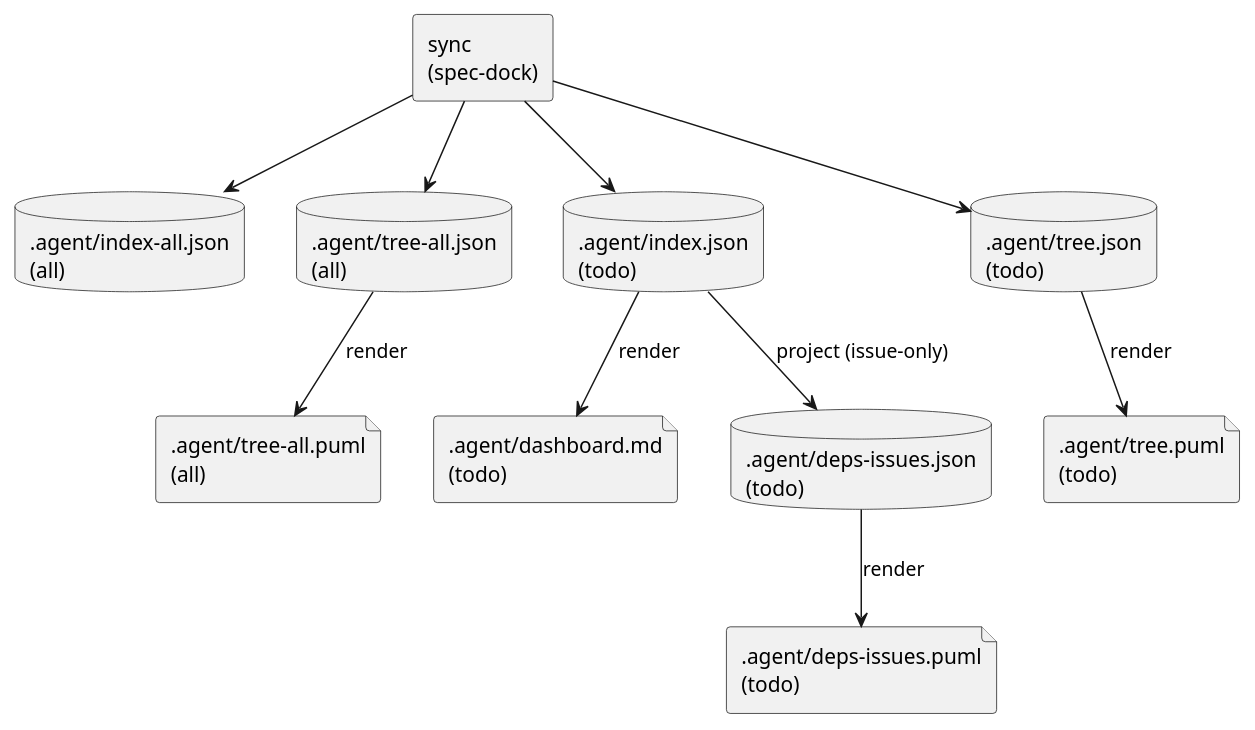
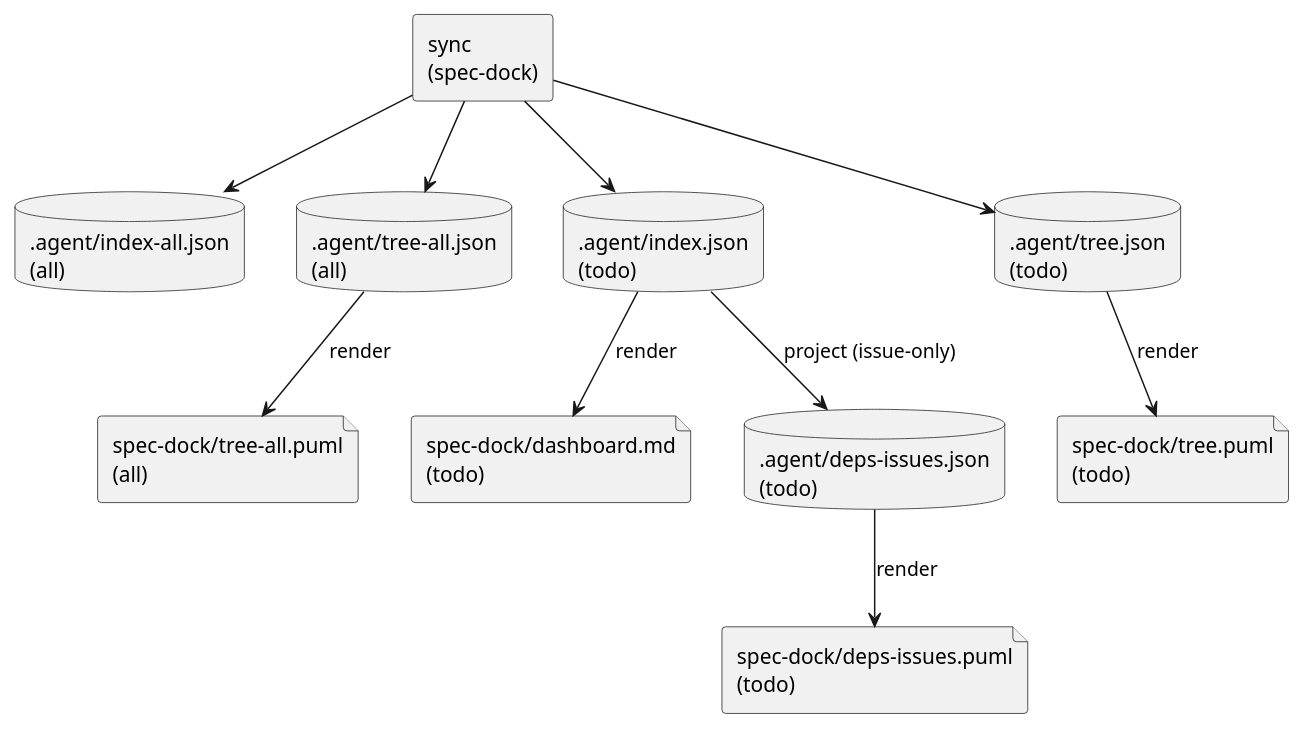
One commit to chemitaro/spec-dock changed the diagram in spec-deps/current/adrs/adr-00008-sync-artifacts-dashboard-and-issue-only-deps.md. Above: the diagram before and after it, drawn with PlantUML. The commit also changed other lines of this file and 7 other files, not shown here.

````diff
--- a/spec-deps/current/adrs/adr-00008-sync-artifacts-dashboard-and-issue-only-deps.md
+++ b/spec-deps/current/adrs/adr-00008-sync-artifacts-dashboard-and-issue-only-deps.md
@@ -26,31 +29,31 @@
 ```plantuml
 @startuml
 skinparam shadowing false
 
 rectangle "sync\n(spec-dock)" as Sync
 
 database ".agent/index-all.json\n(all)" as IndexAll
 database ".agent/tree-all.json\n(all)" as TreeAll
 database ".agent/index.json\n(todo)" as IndexTodo
 database ".agent/tree.json\n(todo)" as TreeTodo
 
-file ".agent/dashboard.md\n(todo)" as Dashboard
+file "spec-dock/dashboard.md\n(todo)" as Dashboard
 database ".agent/deps-issues.json\n(todo)" as DepsIssuesJson
-file ".agent/deps-issues.puml\n(todo)" as DepsIssuesPuml
+file "spec-dock/deps-issues.puml\n(todo)" as DepsIssuesPuml
 
-file ".agent/tree-all.puml\n(all)" as TreeAllPuml
-file ".agent/tree.puml\n(todo)" as TreeTodoPuml
+file "spec-dock/tree-all.puml\n(all)" as TreeAllPuml
+file "spec-dock/tree.puml\n(todo)" as TreeTodoPuml
 
 Sync --> IndexAll
 Sync --> TreeAll
 Sync --> IndexTodo
 Sync --> TreeTodo
 
 IndexTodo --> Dashboard : render
 IndexTodo --> DepsIssuesJson : project (issue-only)
 DepsIssuesJson --> DepsIssuesPuml : render
 
 TreeAll --> TreeAllPuml : render
 TreeTodo --> TreeTodoPuml : render
 @enduml
 ```
````
